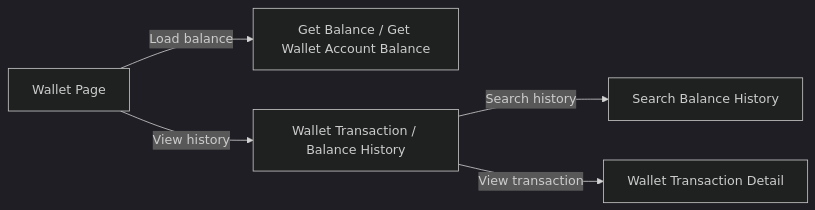
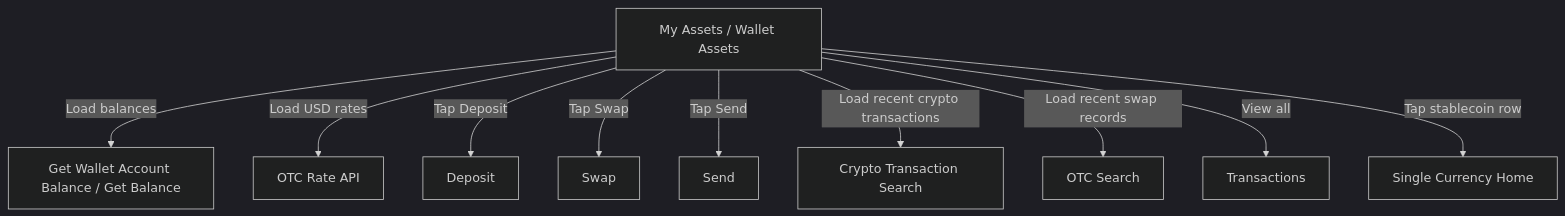
The diagram in knowledge-base/wallet/assets.md (kelvin381539960-cyber/prd-for-ai), drawn with Mermaid (dark theme) before and after one commit. The commit also changed other lines of this file, not shown here.

Commit message:
Rewrite wallet assets knowledge base from original Asset PRD

````diff
--- a/knowledge-base/wallet/assets.md
+++ b/knowledge-base/wallet/assets.md
@@ -172,13 +101,23 @@
 ```mermaid
-flowchart LR
-  WalletPage[Wallet Page]
-  BalanceAPI[Get Balance / Get Wallet Account Balance]
-  HistoryPage[Wallet Transaction / Balance History]
-  HistoryAPI[Search Balance History]
-  DetailPage[Wallet Transaction Detail]
+flowchart TD
+  WalletAssets[My Assets / Wallet Assets]
+  BalanceAPI[Get Wallet Account Balance / Get Balance]
+  RateAPI[OTC Rate API]
+  Deposit[Deposit]
+  Swap[Swap]
+  Send[Send]
+  CryptoTxn[Crypto Transaction Search]
+  OtcSearch[OTC Search]
+  Transactions[Transactions]
+  CurrencyHome[Single Currency Home]
 
-  WalletPage -->|Load balance| BalanceAPI
-  WalletPage -->|View history| HistoryPage
-  HistoryPage -->|Search history| HistoryAPI
-  HistoryPage -->|View transaction| DetailPage
+  WalletAssets -->|Load balances| BalanceAPI
+  WalletAssets -->|Load USD rates| RateAPI
+  WalletAssets -->|Tap Deposit| Deposit
+  WalletAssets -->|Tap Swap| Swap
+  WalletAssets -->|Tap Send| Send
+  WalletAssets -->|Load recent crypto transactions| CryptoTxn
+  WalletAssets -->|Load recent swap records| OtcSearch
+  WalletAssets -->|View all| Transactions
+  WalletAssets -->|Tap stablecoin row| CurrencyHome
 ```
````
